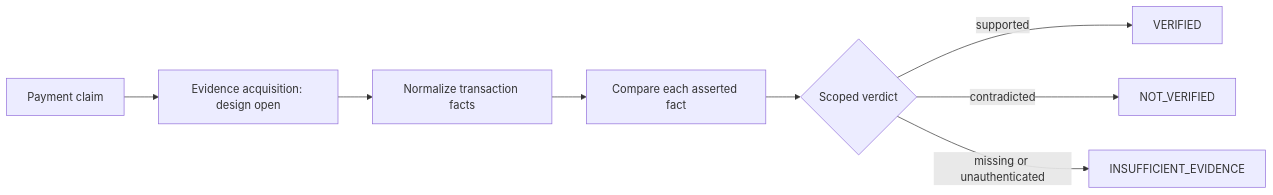
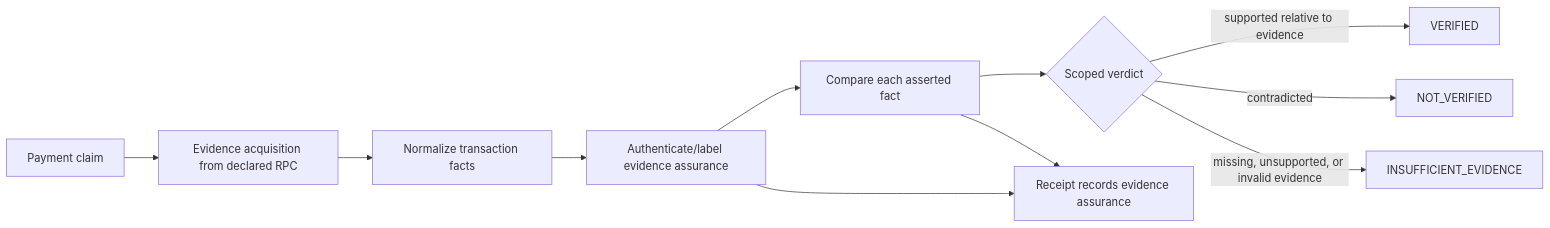
The second of 2 diagrams in TECHNICAL_README.md (annatchijova/veridra), drawn with Mermaid before and after one commit. The commit also changed other lines of this file and 4 other files, not shown here.

Commit message:
docs: stage evidence assurance levels

````diff
--- a/TECHNICAL_README.md
+++ b/TECHNICAL_README.md
@@ -92,10 +115,13 @@
 ```mermaid
 flowchart LR
-    C[Payment claim] --> A[Evidence acquisition: design open]
+    C[Payment claim] --> A[Evidence acquisition from declared RPC]
     A --> N[Normalize transaction facts]
-    N --> J[Compare each asserted fact]
+    N --> H[Authenticate/label evidence assurance]
+    H --> J[Compare each asserted fact]
     J --> V{Scoped verdict}
-    V -->|supported| P[VERIFIED]
+    V -->|supported relative to evidence| P[VERIFIED]
     V -->|contradicted| F[NOT_VERIFIED]
-    V -->|missing or unauthenticated| I[INSUFFICIENT_EVIDENCE]
+    V -->|missing, unsupported, or invalid evidence| I[INSUFFICIENT_EVIDENCE]
+    H --> R[Receipt records evidence assurance]
+    J --> R
 ```
````
